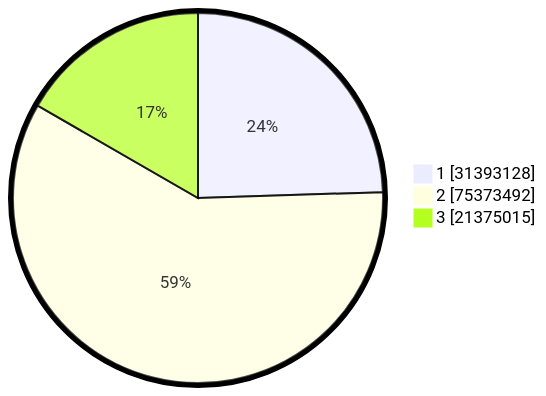
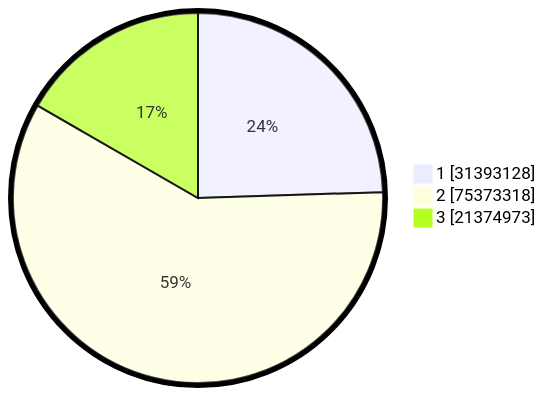
The second of 2 diagrams in pilpres/hitung-suara/README.md (gigit-pemilu/pemilu-2024), drawn with Mermaid before and after one commit. The commit also changed other lines of this file and 3 other files, not shown here.

````diff
--- a/pilpres/hitung-suara/README.md
+++ b/pilpres/hitung-suara/README.md
@@ -93,7 +93,7 @@
 ```mermaid
 %%{init: {"pie": {"textPosition": 0.5}, "themeVariables": {"pieOuterStrokeWidth": "5px"}} }%%
 pie showData
     "1" : 31393128
-    "2" : 75373492
-    "3" : 21375015
+    "2" : 75373318
+    "3" : 21374973
 ```
````
